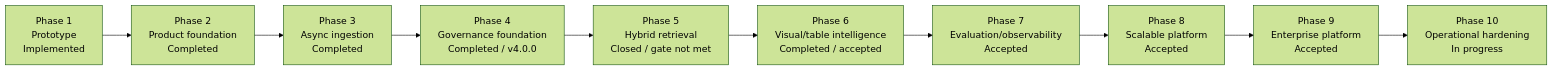
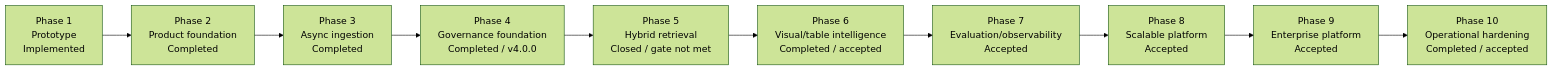
Before and after one commit to mvyas412/ai-projects: the second of 12 diagrams in mm-rag-full-stack-genai-bootcamp-3.0/docs/architecture/ARCHITECTURE.md, drawn with Mermaid (forest theme). The commit also changed other lines of this file and 7 other files, not shown here.

First line of the commit message:
feat(mm-rag): complete Phase 10 operational hardening (#24)

````diff
--- a/mm-rag-full-stack-genai-bootcamp-3.0/docs/architecture/ARCHITECTURE.md
+++ b/mm-rag-full-stack-genai-bootcamp-3.0/docs/architecture/ARCHITECTURE.md
@@ -186,13 +186,13 @@
 ```mermaid
 flowchart LR
     p1["Phase 1<br/>Prototype<br/>Implemented"] -->
     p2["Phase 2<br/>Product foundation<br/>Completed"] -->
     p3["Phase 3<br/>Async ingestion<br/>Completed"] -->
     p4["Phase 4<br/>Governance foundation<br/>Completed / v4.0.0"] -->
     p5["Phase 5<br/>Hybrid retrieval<br/>Closed / gate not met"] -->
     p6["Phase 6<br/>Visual/table intelligence<br/>Completed / accepted"] -->
     p7["Phase 7<br/>Evaluation/observability<br/>Accepted"] -->
     p8["Phase 8<br/>Scalable platform<br/>Accepted"] -->
     p9["Phase 9<br/>Enterprise platform<br/>Accepted"] -->
-    p10["Phase 10<br/>Operational hardening<br/>In progress"]
+    p10["Phase 10<br/>Operational hardening<br/>Completed / accepted"]
 ```
````
